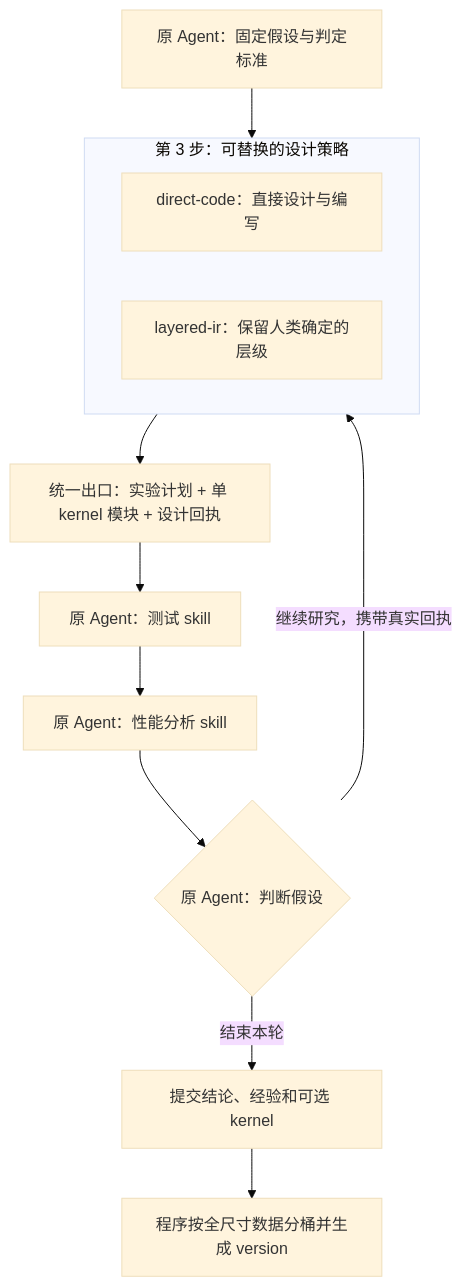
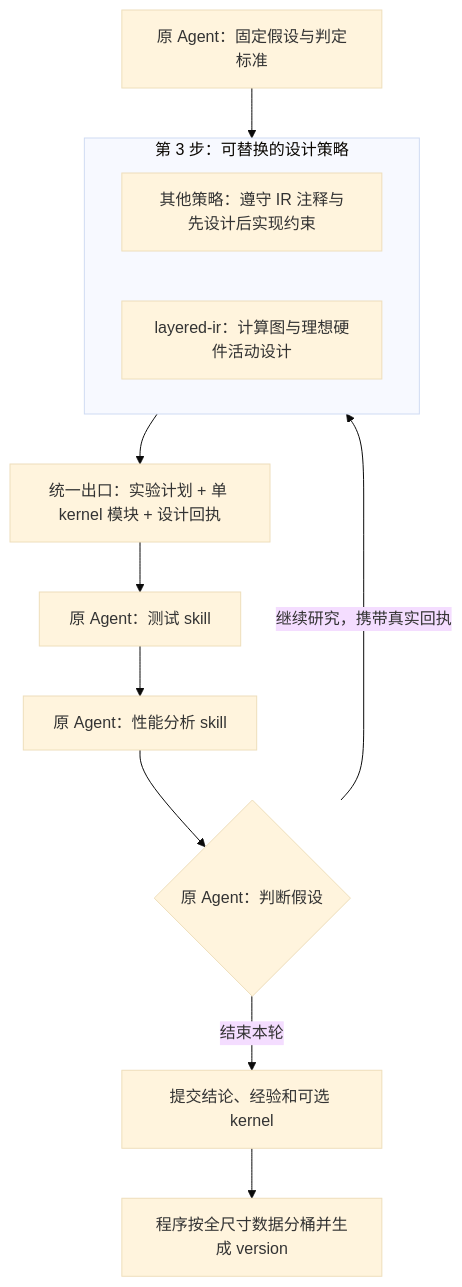
One commit to KDZZZZZZ/meteor changed the first of 2 diagrams in docs/plans/2026-09-25-pluggable-kernel-design-step.md. Above: the diagram before and after it, drawn with Mermaid (base theme). The commit also changed other lines of this file and 104 other files, not shown here.

````diff
--- a/docs/plans/2026-09-25-pluggable-kernel-design-step.md
+++ b/docs/plans/2026-09-25-pluggable-kernel-design-step.md
@@ -11,15 +15,15 @@
 ```mermaid
 flowchart TD
     H[原 Agent：固定假设与判定标准] --> P
     subgraph P[第 3 步：可替换的设计策略]
-        D[direct-code：直接设计与编写]
-        L[layered-ir：保留人类确定的层级]
+        D[其他策略：遵守 IR 注释与先设计后实现约束]
+        L[layered-ir：计算图与理想硬件活动设计]
     end
     P --> O[统一出口：实验计划 + 单 kernel 模块 + 设计回执]
     O --> T[原 Agent：测试 skill]
     T --> A[原 Agent：性能分析 skill]
     A --> Q{原 Agent：判断假设}
     Q -->|继续研究，携带真实回执| P
     Q -->|结束本轮| S[提交结论、经验和可选 kernel]
     S --> V[程序按全尺寸数据分桶并生成 version]
 ```
````
